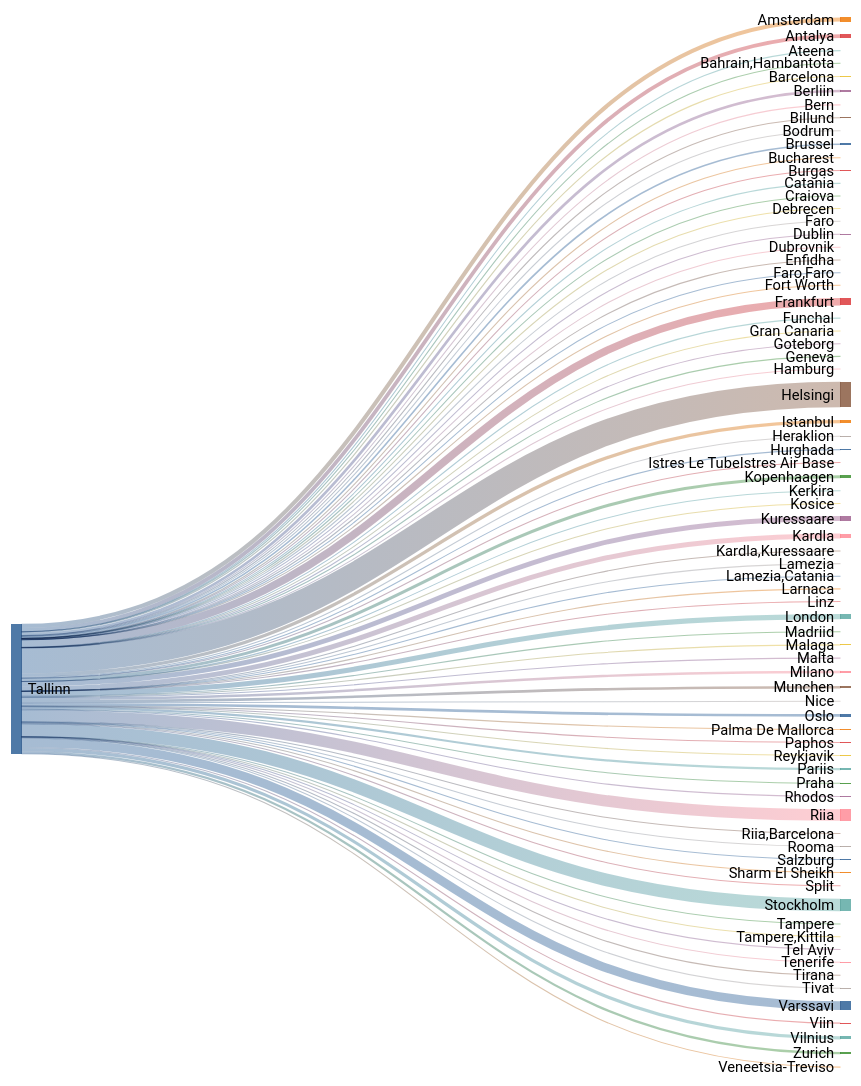
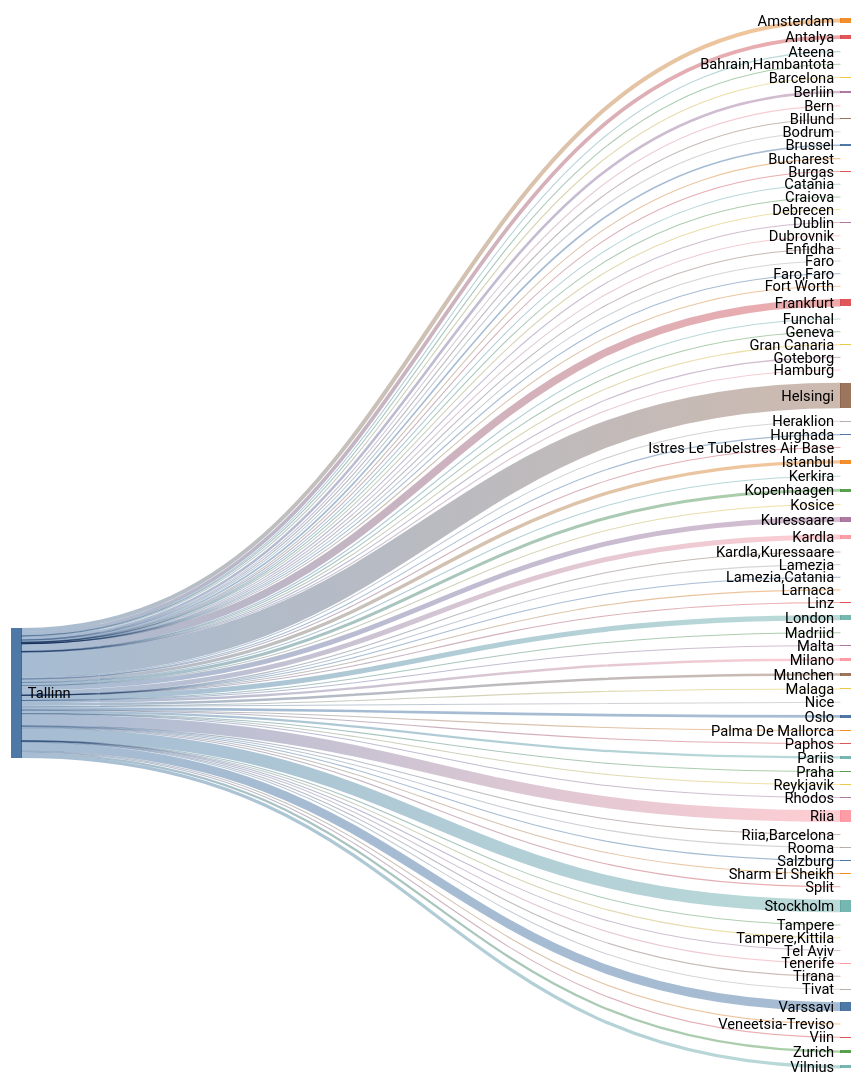
Before and after one commit to rainermesi/tll-airport-departures: the second of 2 diagrams in README.md, drawn with Mermaid (forest theme). The commit also changed other lines of this file and 1 other file, not shown here.

````diff
--- a/README.md
+++ b/README.md
@@ -41,8 +41,8 @@
 ---
 sankey-beta
 %% source,target,value
-Tallinn,Amsterdam,447
-Tallinn,Antalya,411
+Tallinn,Amsterdam,449
+Tallinn,Antalya,412
 Tallinn,Ateena,16
 Tallinn,"Bahrain,Hambantota",1
 Tallinn,Barcelona,125
@@ -56,65 +56,65 @@
 Tallinn,Catania,2
 Tallinn,Craiova,1
 Tallinn,Debrecen,1
-Tallinn,Dublin,89
+Tallinn,Dublin,90
 Tallinn,Dubrovnik,21
 Tallinn,Enfidha,7
 Tallinn,Faro,4
 Tallinn,"Faro,Faro",1
 Tallinn,Fort Worth,1
-Tallinn,Frankfurt,825
+Tallinn,Frankfurt,828
 Tallinn,Funchal,5
 Tallinn,Geneva,13
 Tallinn,Gran Canaria,38
 Tallinn,Goteborg,2
 Tallinn,Hamburg,2
-Tallinn,Helsingi,2790
+Tallinn,Helsingi,2799
 Tallinn,Heraklion,90
 Tallinn,Hurghada,75
-Tallinn,Istanbul,365
+Tallinn,Istanbul,366
 Tallinn,Istres Le TubeIstres Air Base,2
 Tallinn,Kerkira,4
-Tallinn,Kopenhaagen,332
+Tallinn,Kopenhaagen,334
 Tallinn,Kosice,1
-Tallinn,Kuressaare,530
-Tallinn,Kardla,532
+Tallinn,Kuressaare,532
+Tallinn,Kardla,534
 Tallinn,"Kardla,Kuressaare",1
 Tallinn,Lamezia,1
 Tallinn,"Lamezia,Catania",3
 Tallinn,Larnaca,4
 Tallinn,Linz,2
-Tallinn,London,549
+Tallinn,London,551
 Tallinn,Madriid,2
-Tallinn,Malaga,111
+Tallinn,Malaga,112
 Tallinn,Malta,26
 Tallinn,Milano,267
-Tallinn,Munchen,278
+Tallinn,Munchen,279
 Tallinn,Nice,47
-Tallinn,Oslo,284
+Tallinn,Oslo,285
 Tallinn,Palma De Mallorca,30
 Tallinn,Paphos,66
-Tallinn,Pariis,239
+Tallinn,Pariis,240
 Tallinn,Praha,78
 Tallinn,Reykjavik,15
 Tallinn,Rhodos,54
-Tallinn,Riia,1253
+Tallinn,Riia,1258
 Tallinn,"Riia,Barcelona",1
 Tallinn,Rooma,80
 Tallinn,Salzburg,14
 Tallinn,Sharm El Sheikh,100
 Tallinn,Split,47
-Tallinn,Stockholm,1375
+Tallinn,Stockholm,1379
 Tallinn,Tampere,17
 Tallinn,"Tampere,Kittila",21
 Tallinn,Tel Aviv,2
 Tallinn,Tenerife,58
 Tallinn,Tirana,28
-Tallinn,Tivat,58
-Tallinn,Varssavi,962
+Tallinn,Tivat,59
+Tallinn,Varssavi,965
 Tallinn,Veneetsia-Treviso,67
 Tallinn,Viin,106
-Tallinn,Vilnius,347
-Tallinn,Zurich,245
+Tallinn,Vilnius,349
+Tallinn,Zurich,246
 
 
 ```
````
